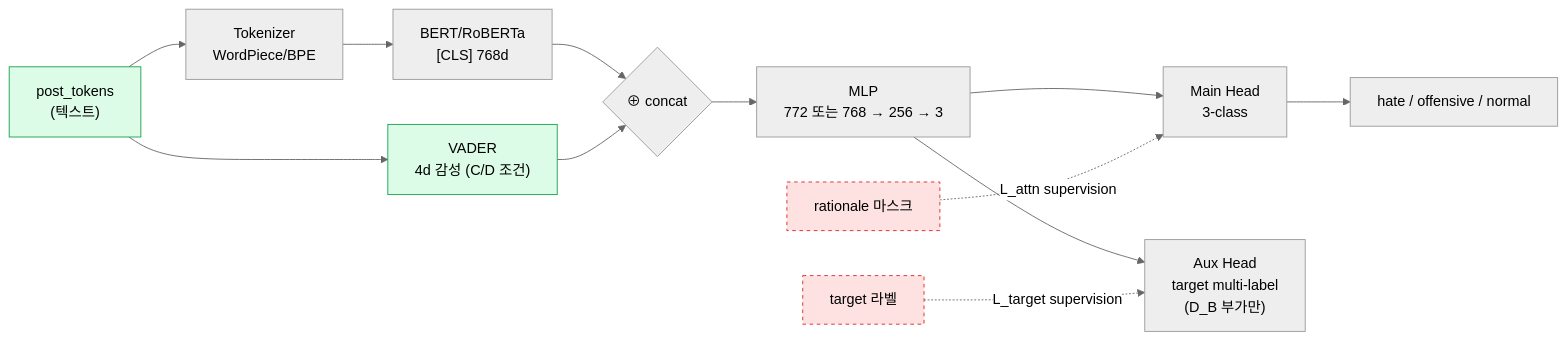
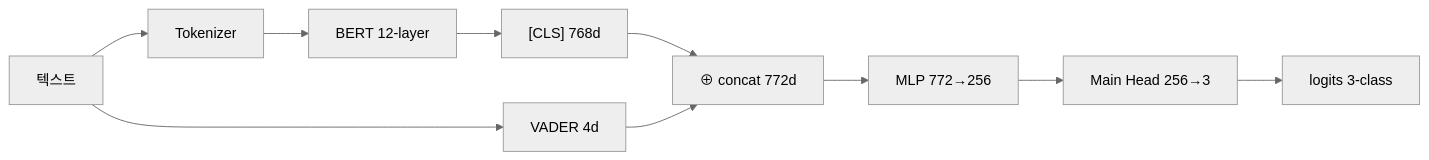
The sixth of 17 diagrams in v2/docs/24_architecture.md (WinterFlw/Big_data_Programming), drawn with Mermaid (neutral theme) before and after one commit. The commit also changed other lines of this file, not shown here.

First line of the commit message:
docs(v2): 아키텍처 Mermaid 전면 재작성 — 흐름 직관화

````diff
--- a/v2/docs/24_architecture.md
+++ b/v2/docs/24_architecture.md
@@ -197,21 +64,5 @@
 ```mermaid
 flowchart LR
-    text["post_tokens<br/>(텍스트)"] --> tok["Tokenizer<br/>WordPiece/BPE"]
-    text --> vader["VADER<br/>4d 감성 (C/D 조건)"]
-    tok --> bert["BERT/RoBERTa<br/>[CLS] 768d"]
-    bert --> concat{"⊕ concat"}
-    vader --> concat
-    concat --> mlp["MLP<br/>772 또는 768 → 256 → 3"]
-    mlp --> mainH["Main Head<br/>3-class"]
-    mlp --> auxH["Aux Head<br/>target multi-label<br/>(D_B 부가만)"]
-
-    rationale["rationale 마스크"] -.L_attn supervision.-> mainH
-    target["target 라벨"] -.L_target supervision.-> auxH
-
-    mainH --> pred["hate / offensive / normal"]
-
-    classDef inp fill:#dcfce7,stroke:#16a34a
-    classDef sup fill:#fee2e2,stroke:#dc2626,stroke-dasharray: 4 4
-    class text,vader inp
-    class rationale,target sup
+    text[텍스트] --> tok[Tokenizer] --> bert[BERT 12-layer] --> cls["[CLS] 768d"] --> cat["⊕ concat 772d"] --> mlp["MLP 772→256"] --> head[Main Head 256→3] --> logits[logits 3-class]
+    text --> vader[VADER 4d] --> cat
 ```
````
